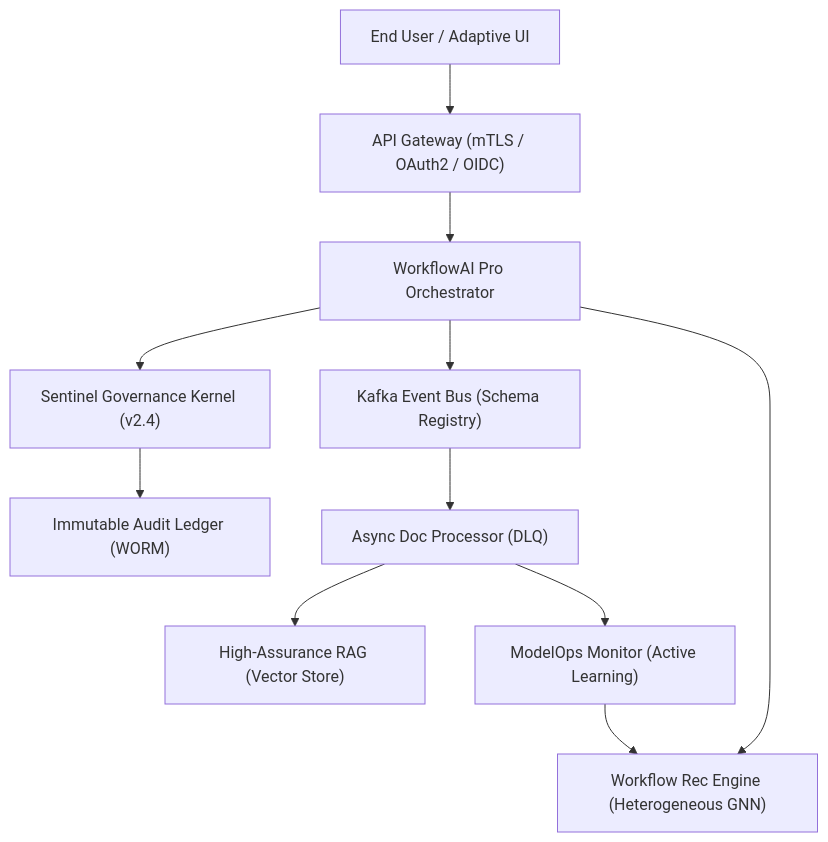
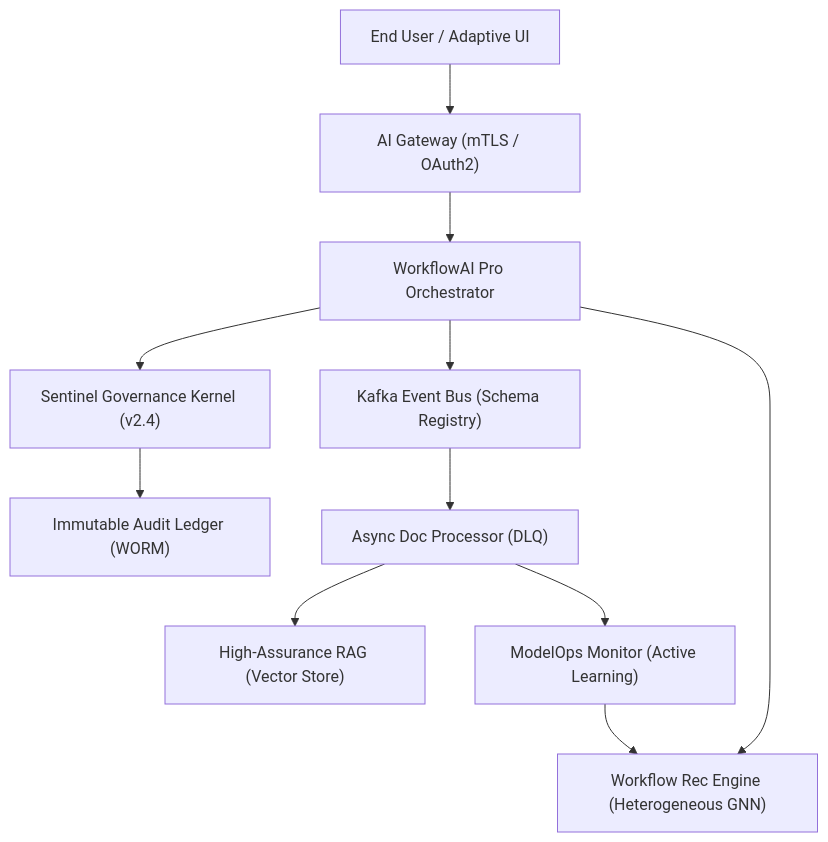
The first of 2 diagrams in ENTERPRISE_AI_GOVERNANCE_IMPLEMENTATION_PLAN.md (OneFineStarstuff/Jules), drawn with Mermaid before and after one commit. The commit also changed other lines of this file and 2 other files, not shown here.

First line of the commit message:
feat: prioritized implementation plan and architecture analysis for AI-OS governance platform

````diff
--- a/ENTERPRISE_AI_GOVERNANCE_IMPLEMENTATION_PLAN.md
+++ b/ENTERPRISE_AI_GOVERNANCE_IMPLEMENTATION_PLAN.md
@@ -17,24 +18,24 @@
 ```mermaid
 graph TD
     User["End User / Adaptive UI"]
-    Gateway["API Gateway (mTLS / OAuth2 / OIDC)"]
+    Gateway["AI Gateway (mTLS / OAuth2)"]
     Orchestrator["WorkflowAI Pro Orchestrator"]
     Sentinel["Sentinel Governance Kernel (v2.4)"]
     HGNN["Workflow Rec Engine (Heterogeneous GNN)"]
     Kafka["Kafka Event Bus (Schema Registry)"]
     DocProc["Async Doc Processor (DLQ)"]
     VectorDB["High-Assurance RAG (Vector Store)"]
     Audit["Immutable Audit Ledger (WORM)"]
     ModelOps["ModelOps Monitor (Active Learning)"]
 
     User --> Gateway
     Gateway --> Orchestrator
     Orchestrator --> Sentinel
     Orchestrator --> Kafka
     Kafka --> DocProc
     DocProc --> VectorDB
     Orchestrator --> HGNN
     Sentinel --> Audit
     DocProc --> ModelOps
     ModelOps --> HGNN
 ```
````
